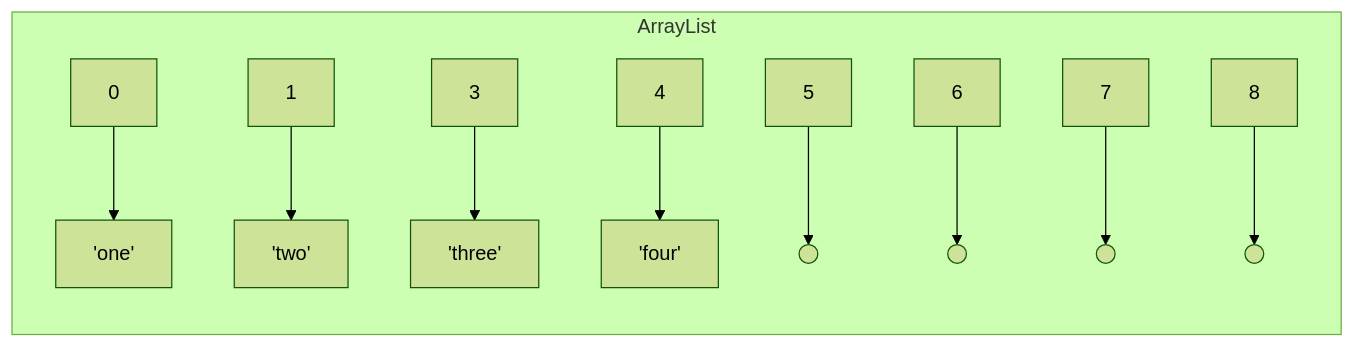
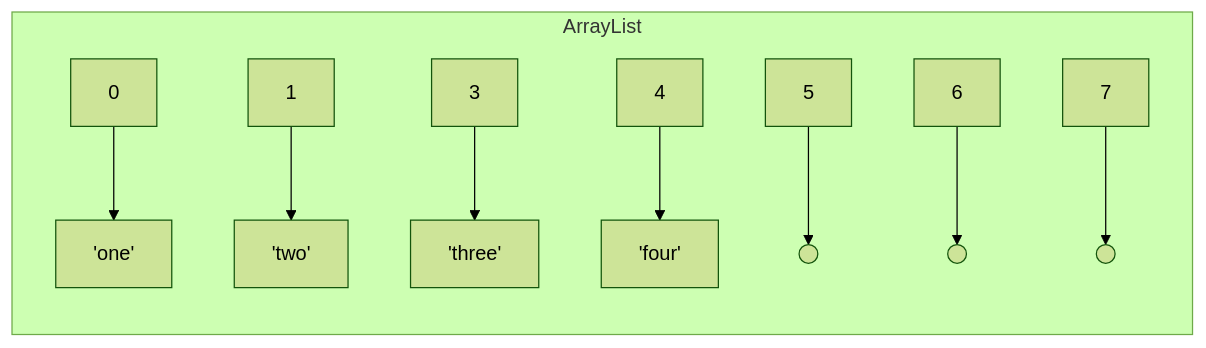
Before and after one commit to ohjelmointi2/ohjelmointi2.github.io: the first of 2 diagrams in docs/08_algoritmit.md, drawn with Mermaid (forest theme). The commit also changed other lines of this file, not shown here.

````diff
--- a/docs/08_algoritmit.md
+++ b/docs/08_algoritmit.md
@@ -39,13 +39,12 @@
 ```mermaid
 graph LR
     subgraph ArrayList
         0 --> 'one'
         1 --> 'two'
         3 --> 'three'
         4 --> 'four'
         5 --> B(( ))
         6 --> C(( ))
         7 --> D(( ))
-        8 --> E(( ))
     end
 ```
````
